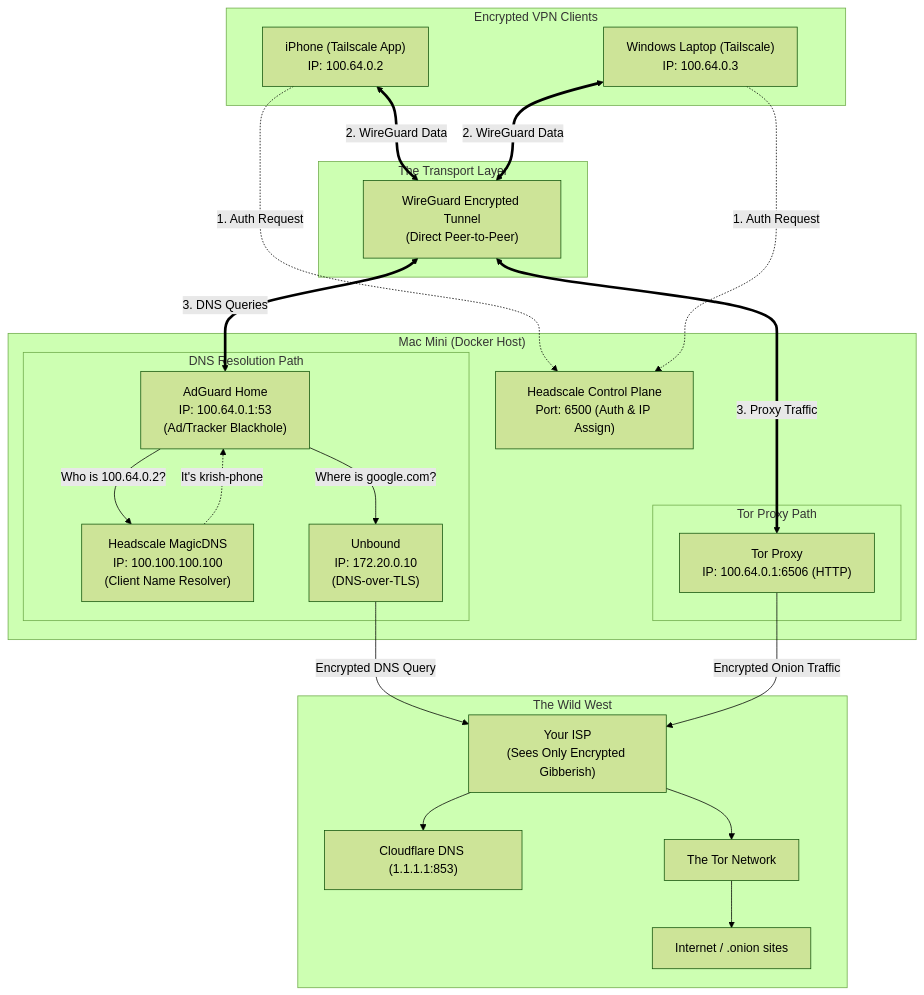
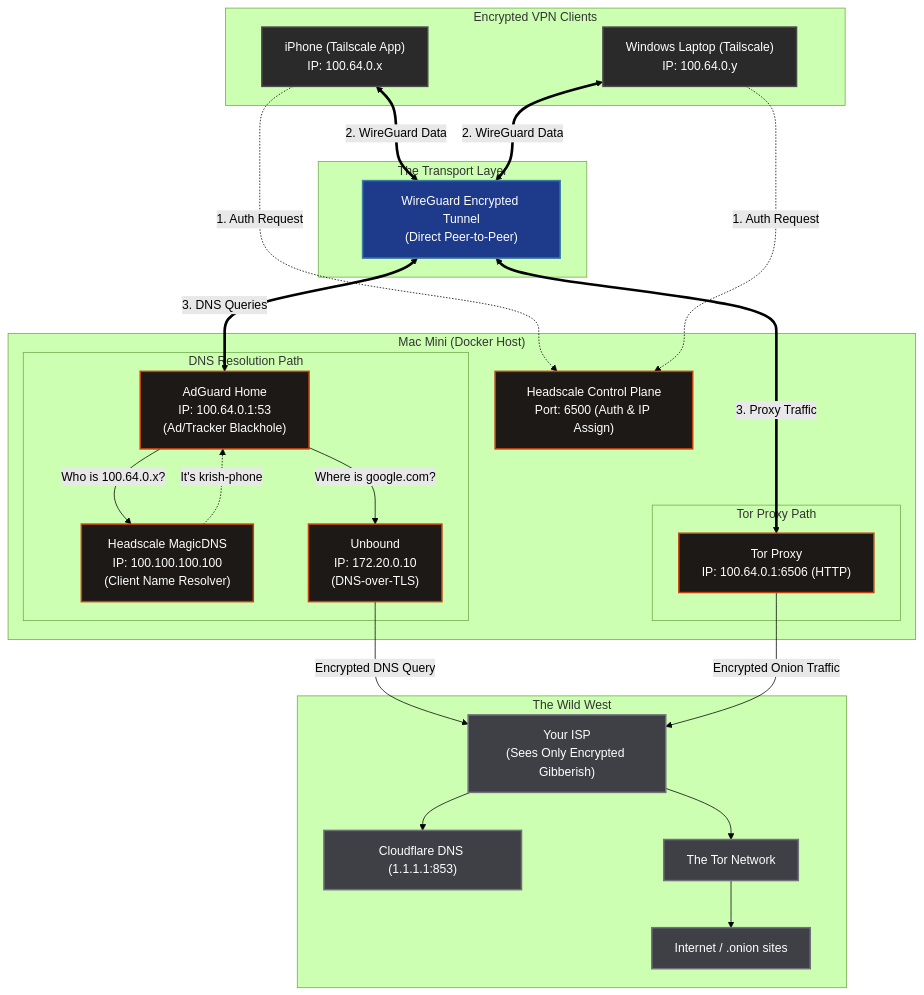
Before and after one commit to PoisedDok/emergent: the diagram in README.md, drawn with Mermaid (forest theme).

Commit message:
docs: anonymize ips and restore flowchart styling

````diff
--- a/README.md
+++ b/README.md
@@ -9,57 +9,62 @@
 ```mermaid
 flowchart TD
+    %% Define Styles
+    classDef client fill:#2a2a2a,stroke:#4a4a4a,stroke-width:2px,color:#fff
+    classDef wireguard fill:#1e3a8a,stroke:#3a7ca5,stroke-width:2px,color:#fff
+    classDef container fill:#1c1917,stroke:#c2410c,stroke-width:2px,color:#fff
+    classDef external fill:#3f3f46,stroke:#71717a,stroke-width:2px,color:#fff
 
     subgraph Clients ["Encrypted VPN Clients"]
-        phone["iPhone (Tailscale App)\nIP: 100.64.0.2"]
-        laptop["Windows Laptop (Tailscale)\nIP: 100.64.0.3"]
+        phone["iPhone (Tailscale App)\nIP: 100.64.0.x"]:::client
+        laptop["Windows Laptop (Tailscale)\nIP: 100.64.0.y"]:::client
     end
 
     subgraph Tunnel ["The Transport Layer"]
-        wg["WireGuard Encrypted Tunnel\n(Direct Peer-to-Peer)"]
+        wg["WireGuard Encrypted Tunnel\n(Direct Peer-to-Peer)"]:::wireguard
     end
 
     subgraph Server ["Mac Mini (Docker Host)"]
-        hs["Headscale Control Plane\nPort: 6500 (Auth & IP Assign)"]
+        hs["Headscale Control Plane\nPort: 6500 (Auth & IP Assign)"]:::container
         
         subgraph DNS_Flow ["DNS Resolution Path"]
-            ag["AdGuard Home\nIP: 100.64.0.1:53\n(Ad/Tracker Blackhole)"]
-            mdns["Headscale MagicDNS\nIP: 100.100.100.100\n(Client Name Resolver)"]
-            un["Unbound\nIP: 172.20.0.10\n(DNS-over-TLS)"]
+            ag["AdGuard Home\nIP: 100.64.0.1:53\n(Ad/Tracker Blackhole)"]:::container
+            mdns["Headscale MagicDNS\nIP: 100.100.100.100\n(Client Name Resolver)"]:::container
+            un["Unbound\nIP: 172.20.0.10\n(DNS-over-TLS)"]:::container
         end
 
         subgraph Proxy_Flow ["Tor Proxy Path"]
-            tor["Tor Proxy\nIP: 100.64.0.1:6506 (HTTP)"]
+            tor["Tor Proxy\nIP: 100.64.0.1:6506 (HTTP)"]:::container
         end
     end
 
     subgraph External ["The Wild West"]
-        isp["Your ISP\n(Sees Only Encrypted Gibberish)"]
-        cf["Cloudflare DNS (1.1.1.1:853)"]
-        tornet["The Tor Network"]
-        web["Internet / .onion sites"]
+        isp["Your ISP\n(Sees Only Encrypted Gibberish)"]:::external
+        cf["Cloudflare DNS (1.1.1.1:853)"]:::external
+        tornet["The Tor Network"]:::external
+        web["Internet / .onion sites"]:::external
     end
 
     %% Auth Flow
     phone -.->|"1. Auth Request"| hs
     laptop -.->|"1. Auth Request"| hs
 
     %% Data Flow
     phone <==>|"2. WireGuard Data"| wg
     laptop <==>|"2. WireGuard Data"| wg
     
     wg <==>|"3. DNS Queries"| ag
     wg <==>|"3. Proxy Traffic"| tor
 
     %% Internal DNS Logic
-    ag -->|"Who is 100.64.0.2?"| mdns
+    ag -->|"Who is 100.64.0.x?"| mdns
     mdns -.->|"It's krish-phone"| ag
     ag -->|"Where is google.com?"| un
 
     %% Outbound
     un -->|"Encrypted DNS Query"| isp
     tor -->|"Encrypted Onion Traffic"| isp
     
     isp -->cf
     isp -->tornet
     tornet -->web
 ```
````
